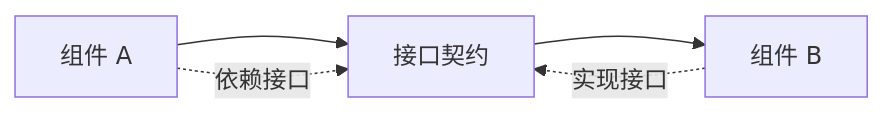
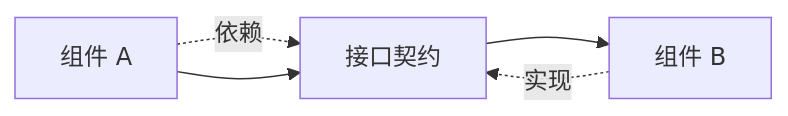
The third of 8 diagrams in src/content/blog/Software-Construction/Chap06.md (crashingby/homepage), drawn with Mermaid before and after one commit. The commit also changed other lines of this file and 6 other files, not shown here.

````diff
--- a/src/content/blog/Software-Construction/Chap06.md
+++ b/src/content/blog/Software-Construction/Chap06.md
@@ -143,7 +116,6 @@
 ```mermaid
 flowchart LR
-  A["组件 A"] --> I["接口契约"]
-  I --> B["组件 B"]
-  A -. "依赖接口" .-> I
-  B -. "实现接口" .-> I
+  A["组件 A"] -. "依赖" .-> I["接口契约"]
+  B["组件 B"] -. "实现" .-> I
+  A --> I --> B
 ```
````
